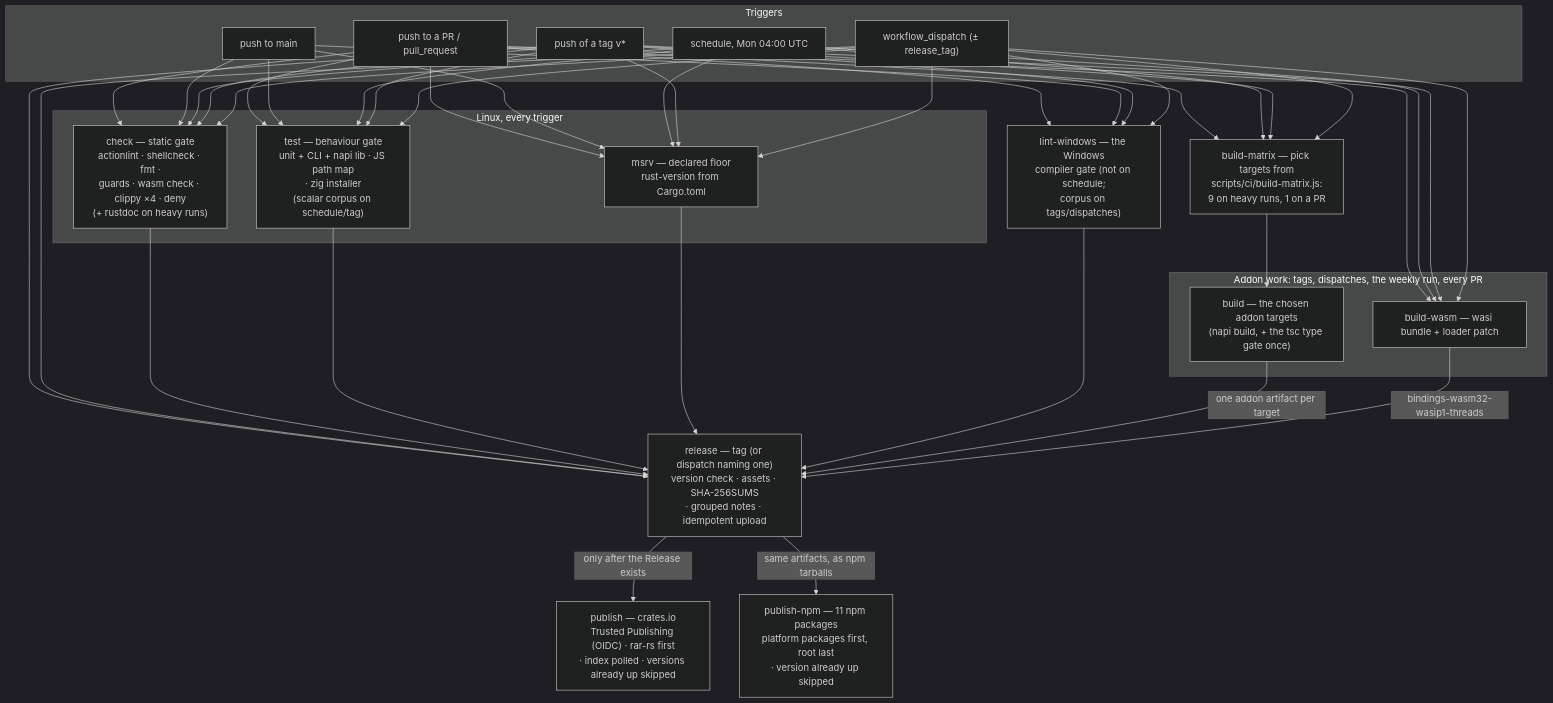
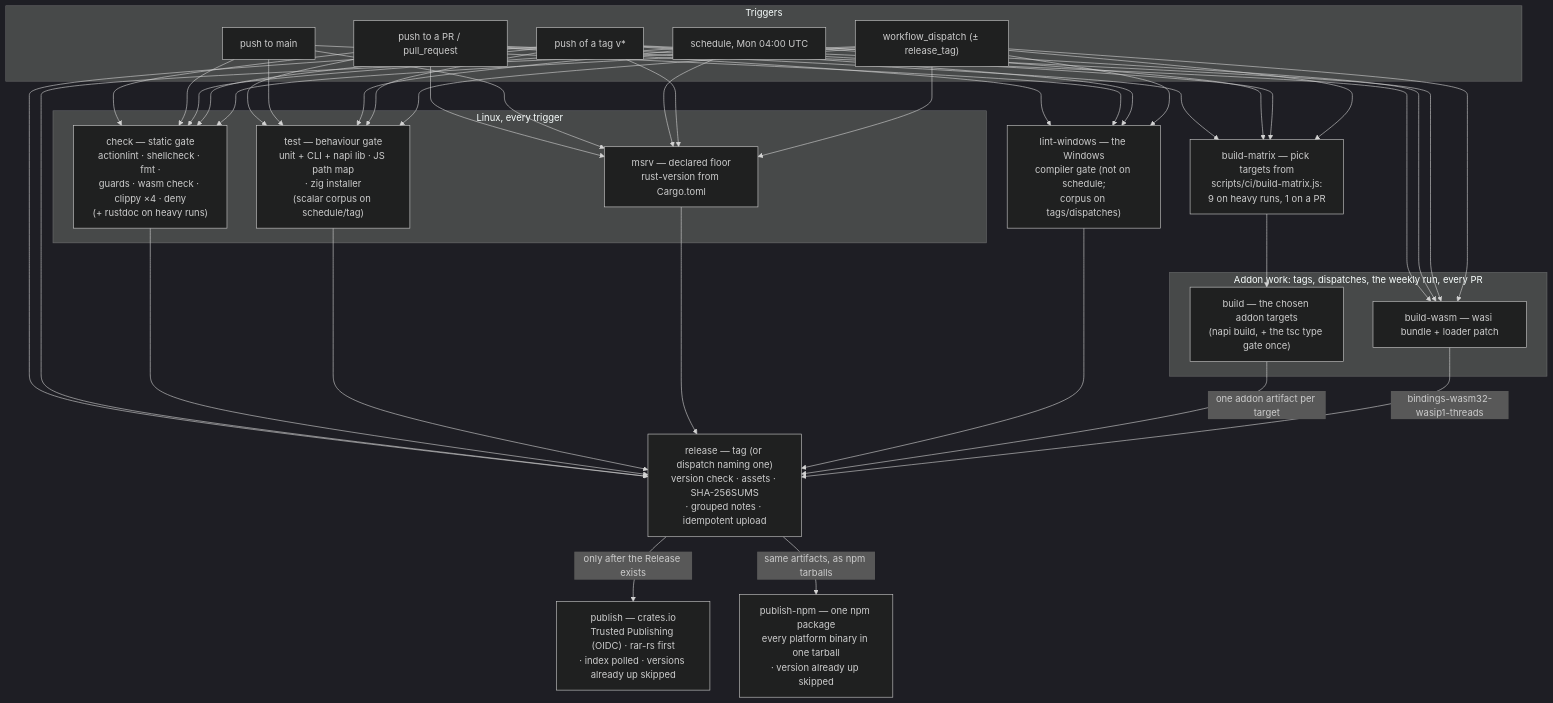
One commit to yjdyamv/rar-rs changed the diagram in docs/ci.md. Above: the diagram before and after it, drawn with Mermaid (dark theme). The commit also changed other lines of this file and 7 other files, not shown here.

````diff
--- a/docs/ci.md
+++ b/docs/ci.md
@@ -10,53 +10,53 @@
 ```mermaid
 flowchart TD
   subgraph trig[Triggers]
     pr[push to a PR / pull_request]
     main[push to main]
     tag["push of a tag v*"]
     disp["workflow_dispatch (± release_tag)"]
     cron[schedule, Mon 04:00 UTC]
   end
 
   subgraph linux[Linux, every trigger]
     check["check — static gate<br/>actionlint · shellcheck · fmt ·<br/>guards · wasm check · clippy ×4 · deny<br/>(+ rustdoc on heavy runs)"]
     test["test — behaviour gate<br/>unit + CLI + napi lib · JS path map<br/>· zig installer<br/>(scalar corpus on schedule/tag)"]
     msrv["msrv — declared floor<br/>rust-version from Cargo.toml"]
   end
 
   win["lint-windows — the Windows<br/>compiler gate (not on schedule;<br/>corpus on tags/dispatches)"]
 
   sel["build-matrix — pick targets from<br/>scripts/ci/build-matrix.js:<br/>9 on heavy runs, 1 on a PR"]
 
   subgraph heavy[Addon work: tags, dispatches, the weekly run, every PR]
     build["build — the chosen addon targets<br/>(napi build, + the tsc type gate once)"]
     wasm["build-wasm — wasi bundle + loader patch"]
   end
 
   rel["release — tag (or dispatch naming one)<br/>version check · assets · SHA-256SUMS<br/>· grouped notes · idempotent upload"]
 
   pub["publish — crates.io<br/>Trusted Publishing (OIDC) · rar-rs first<br/>· index polled · versions already up skipped"]
 
-  pubnpm["publish-npm — 11 npm packages<br/>platform packages first, root last<br/>· version already up skipped"]
+  pubnpm["publish-npm — one npm package<br/>every platform binary in one tarball<br/>· version already up skipped"]
 
   pr --> check & test & msrv & win
   main --> check & test & msrv & win
   cron --> check & test & msrv
   tag --> check & test & msrv & win
   disp --> check & test & msrv & win
   pr --> sel & wasm
   cron --> sel & wasm
   tag --> sel & wasm
   disp --> sel & wasm
   sel --> build
   tag --> rel
   disp --> rel
 
   check --> rel
   test --> rel
   msrv --> rel
   win --> rel
   build -->|"one addon artifact per target"| rel
   wasm -->|"bindings-wasm32-wasip1-threads"| rel
   rel -->|"only after the Release exists"| pub
   rel -->|"same artifacts, as npm tarballs"| pubnpm
 ```
````
